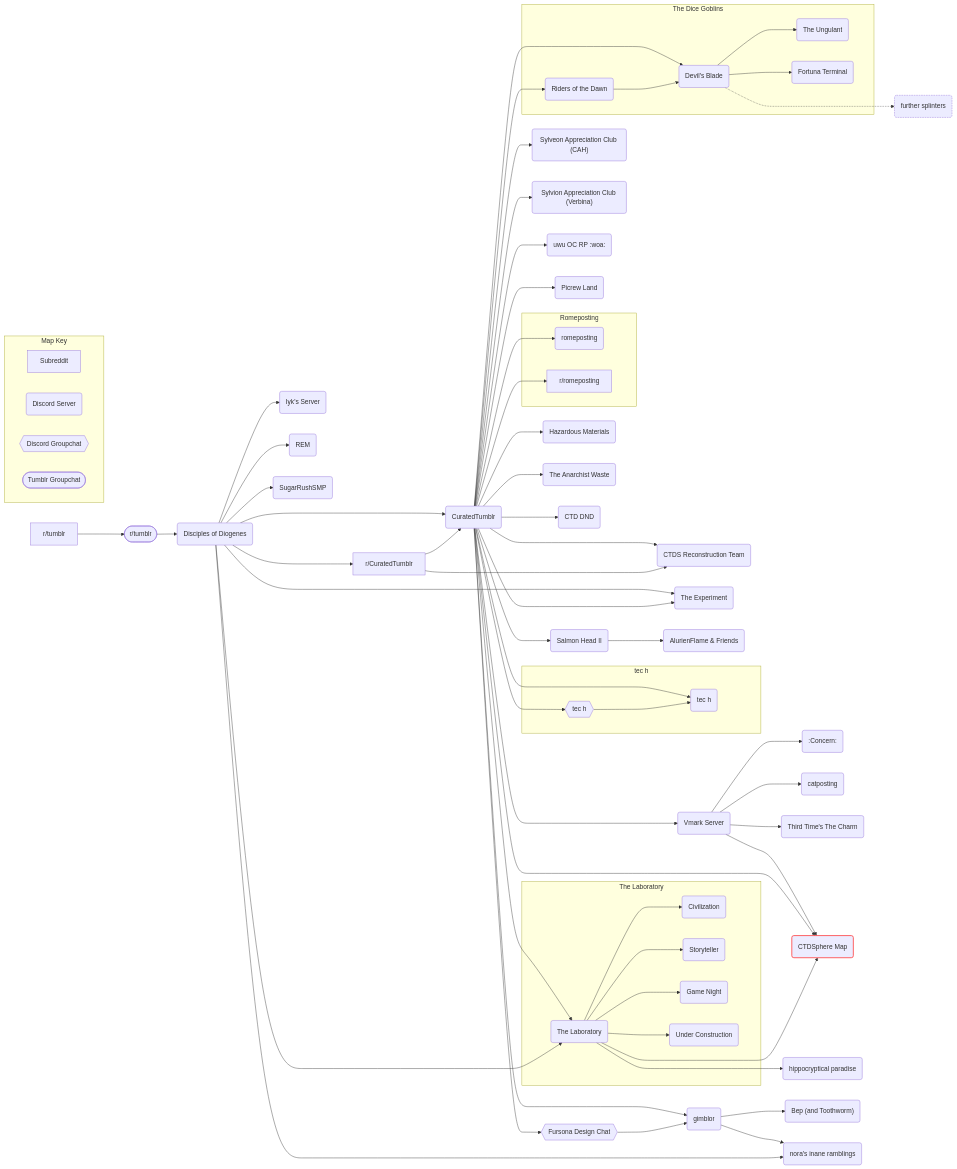
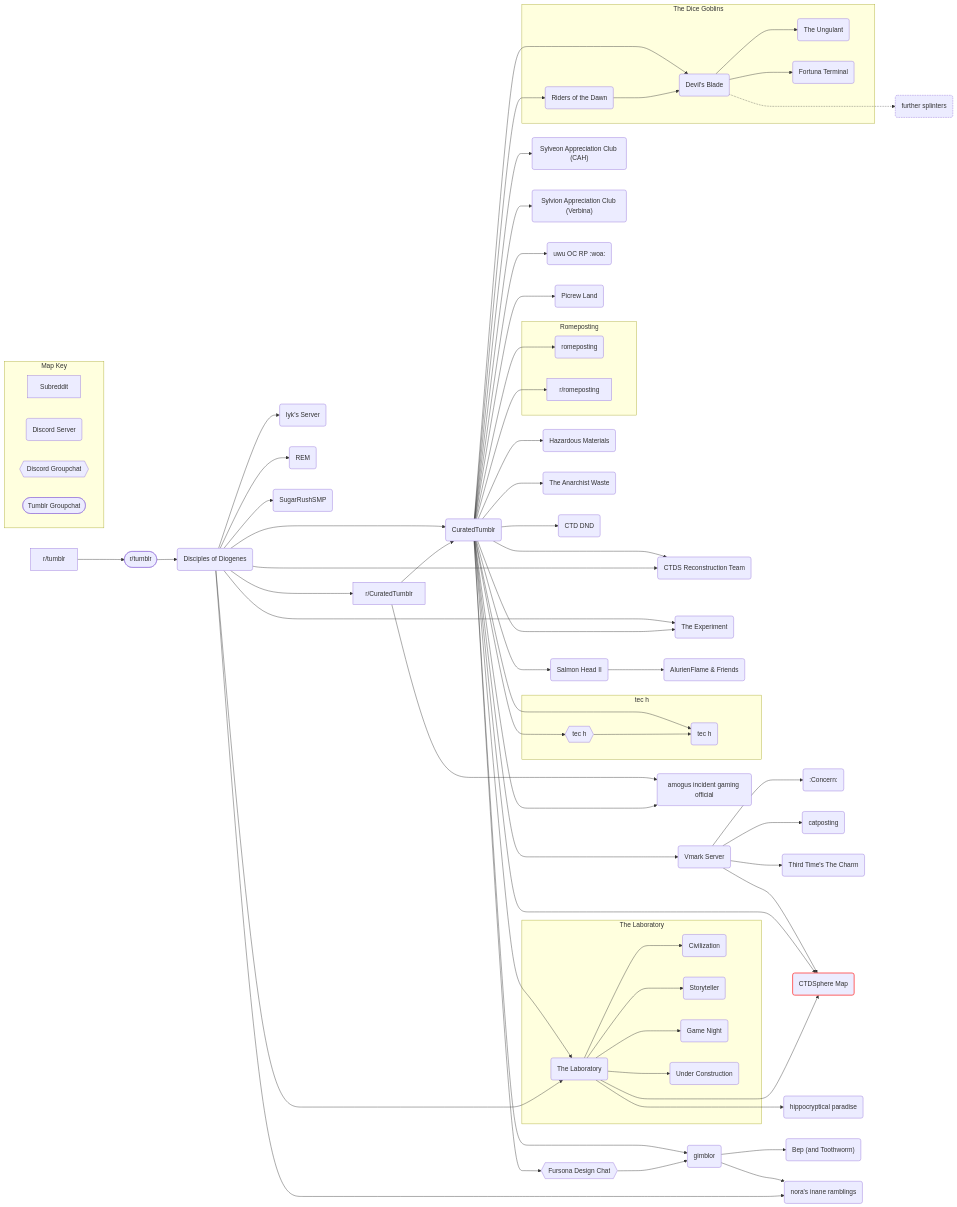
The diagram in Map.md (AnGenericAccount/CTDSphere-Map), drawn with Mermaid before and after one commit.

Commit message:
Added amogus incident gaming official

````diff
--- a/Map.md
+++ b/Map.md
@@ -1,74 +1,76 @@
 ```mermaid
 flowchart LR
     tumblr[r/tumblr]-->groupchat([r/tumblr])
     groupchat-->DoD(Disciples of Diogenes)
     DoD--->subreddit[r/CuratedTumblr]
     DoD-->CTDS(CuratedTumblr)
     subreddit-->CTDS
     DoD-->Iyk(Iyk's Server)
     DoD-->REM(REM)
     DoD-->Sugar(SugarRushSMP)
     CTDS--->reconstruction(CTDS Reconstruction Team)
-    subreddit-->reconstruction
+    DoD-->reconstruction
     CTDS-->lab(The Laboratory)
     DoD-->lab
     subgraph Laboratory [The Laboratory]
         lab-->Civilization(Civilization)
         lab-->Storyteller(Storyteller)
         lab-->Game(Game Night)
         lab-->Construction(Under Construction)
     end
     DoD-->Experiment(The Experiment)
     CTDS--->Experiment
     CTDS-->CAH("Sylveon Appreciation Club (CAH)")
     CTDS-->Verbina("Sylvion Appreciation Club (Verbina)")
     CTDS-->tech(tec h)
     CTDS-->techchat{{tec h}}
     subgraph tec[tec h]
         techchat-->tech
     end
     CTDS-->RP(uwu OC RP :woa:)
     CTDS-->picrew(Picrew Land)
     CTDS-->salmon(Salmon Head II)
     salmon-->Alurien(AlurienFlame & Friends)
     CTDS-->Vmark(Vmark Server)
+    subreddit-->amogus
+    CTDS--->amogus(amogus incident gaming official)
     Vmark-->concern(:Concern:)
     Vmark-->catposting(catposting)
     Vmark-->fate(Third Time's The Charm)
     Vmark-->sphere("CTDSphere Map")
     style sphere stroke:#f44,stroke-width:2px
     CTDS-->sphere
     lab--->sphere
     lab--->hippo(hippocryptical paradise)
     CTDS-->gimblor(gimblor)
     CTDS-->fursona{{Fursona Design Chat}}
     fursona-->gimblor
     gimblor-->bep("Bep (and Toothworm)")
     gimblor-->nora(nora's inane ramblings)
     DoD-->nora
     subgraph Romeposting
         rome(romeposting)
         romesub[r/romeposting]
     end
     CTDS-->rome
     CTDS-->romesub
     CTDS-->hazard(Hazardous Materials)
     CTDS-->anarchist(The Anarchist Waste)
     CTDS-->DND(CTD DND)
     CTDS-->dawn(Riders of the Dawn)
     CTDS-->blade(Devil's Blade)
     subgraph riders[The Dice Goblins]
         dawn-->blade
         blade-->ungulant(The Ungulant)
         blade-->terminal(Fortuna Terminal)   
     end
     blade-..->further(further splinters)
     style further stroke-dasharray:4 2
     subgraph Key [Map Key]
         direction LR
         sub[Subreddit]
         discord(Discord Server)
         chat{{Discord Groupchat}}
         group([Tumblr Groupchat])
     end
 ```
````
